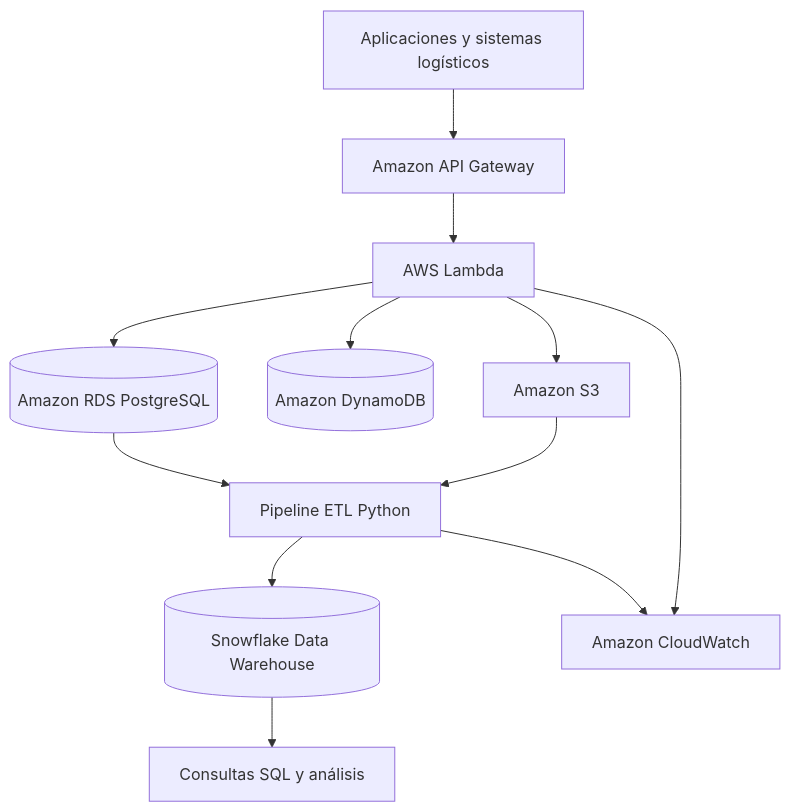
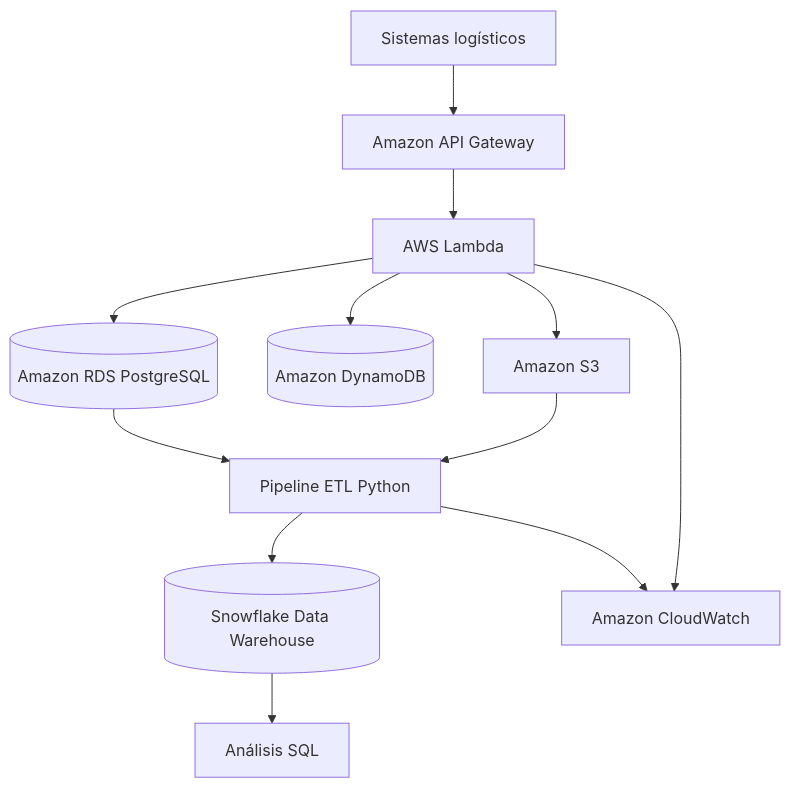
The diagram in docs/AVANCE_4_AWS.md (abichy/FleetLogix), drawn with Mermaid before and after one commit.

Commit message:
Avance 4: corregir diagrama de arquitectura AWS

````diff
--- a/docs/AVANCE_4_AWS.md
+++ b/docs/AVANCE_4_AWS.md
@@ -14,15 +14,14 @@
 ```mermaid
 flowchart TD
-    A[Aplicaciones y sistemas logísticos] --> B[Amazon API Gateway]
+    A[Sistemas logísticos] --> B[Amazon API Gateway]
     B --> C[AWS Lambda]
     C --> D[(Amazon RDS PostgreSQL)]
     C --> E[(Amazon DynamoDB)]
     C --> F[Amazon S3]
     D --> G[Pipeline ETL Python]
     F --> G
     G --> H[(Snowflake Data Warehouse)]
-    H --> I[Consultas SQL y análisis]
+    H --> I[Análisis SQL]
     C --> J[Amazon CloudWatch]
     G --> J
-
 ```
````
